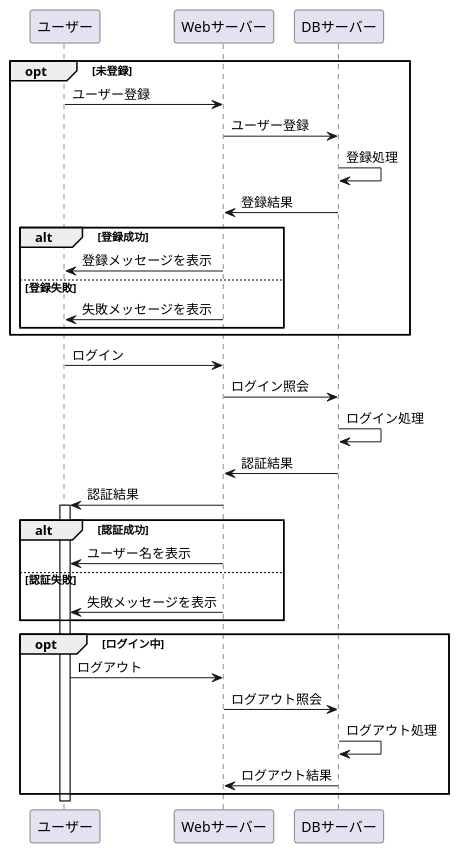
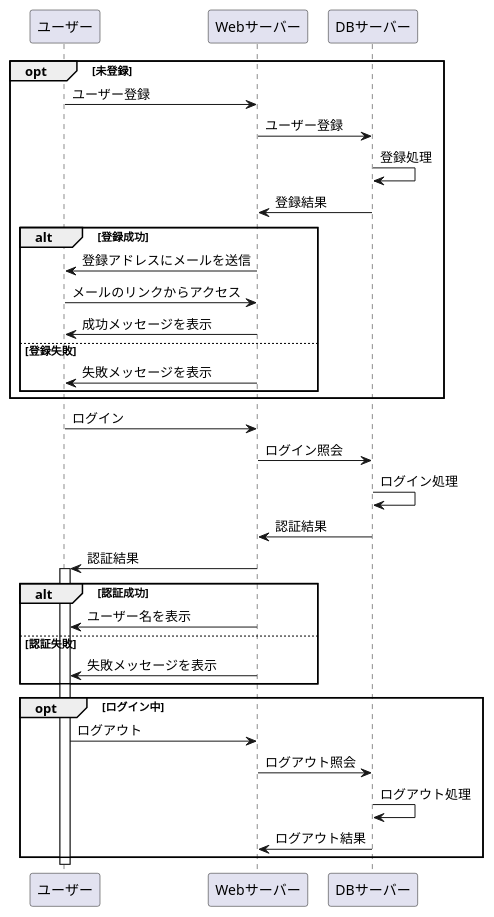
The diagram in ECsite_login.md (Aso2001384/2021sys-design), drawn with PlantUML before and after one commit.

````diff
--- a/ECsite_login.md
+++ b/ECsite_login.md
@@ -1,44 +1,47 @@
 ```uml
 @startuml
 
 opt 未登録
 ユーザー -> Webサーバー : ユーザー登録
 Webサーバー -> DBサーバー : ユーザー登録
 DBサーバー -> DBサーバー : 登録処理
 DBサーバー -> Webサーバー : 登録結果
 
 alt 登録成功
-Webサーバー -> ユーザー : 登録メッセージを表示
+Webサーバー -> ユーザー : 登録アドレスにメールを送信
+ユーザー -> Webサーバー : メールのリンクからアクセス
+Webサーバー -> ユーザー : 成功メッセージを表示
+
 else 登録失敗
 Webサーバー -> ユーザー : 失敗メッセージを表示
 end
 end
 
 ユーザー -> Webサーバー : ログイン
 Webサーバー -> DBサーバー : ログイン照会
 DBサーバー -> DBサーバー : ログイン処理
 DBサーバー -> Webサーバー : 認証結果
 Webサーバー -> ユーザー : 認証結果
 
 activate ユーザー
 
 alt 認証成功
 Webサーバー -> ユーザー : ユーザー名を表示
 
 else 認証失敗
 Webサーバー -> ユーザー : 失敗メッセージを表示
 
 end
 
 opt ログイン中
 
 ユーザー -> Webサーバー : ログアウト
 Webサーバー -> DBサーバー : ログアウト照会
 DBサーバー -> DBサーバー : ログアウト処理
 DBサーバー -> Webサーバー : ログアウト結果
 
 end
 
 deactivate ユーザー
 @enduml
 ```
````
